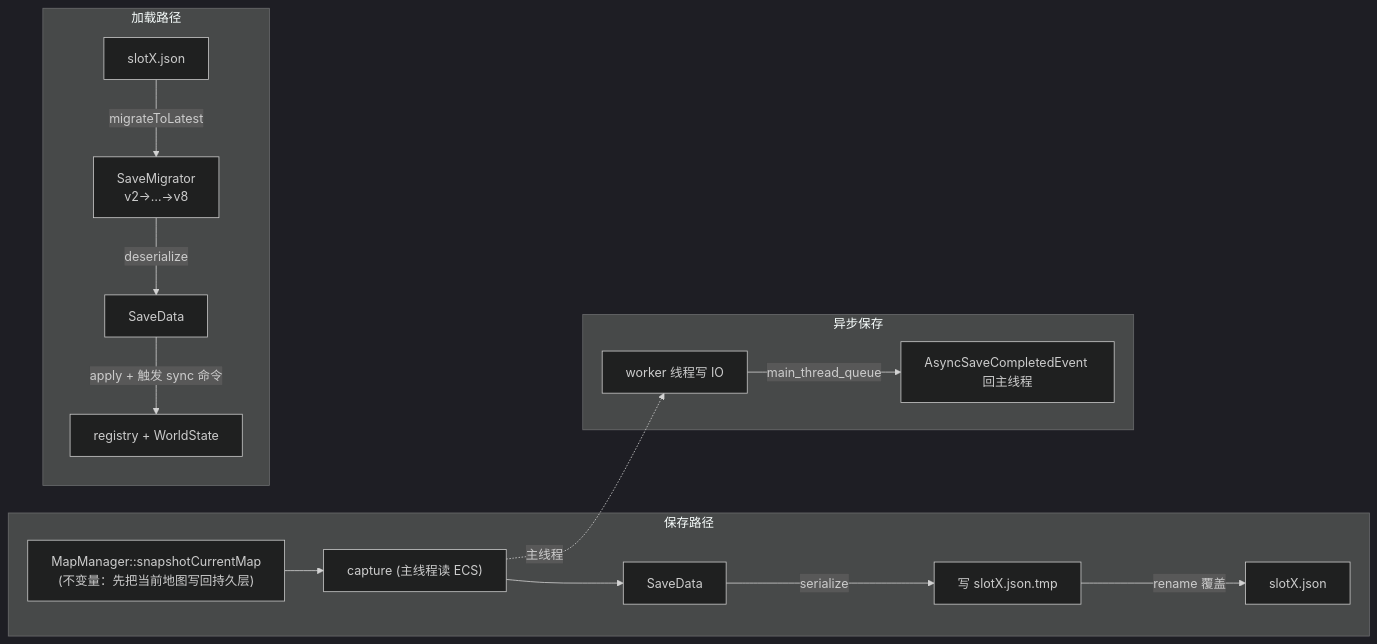
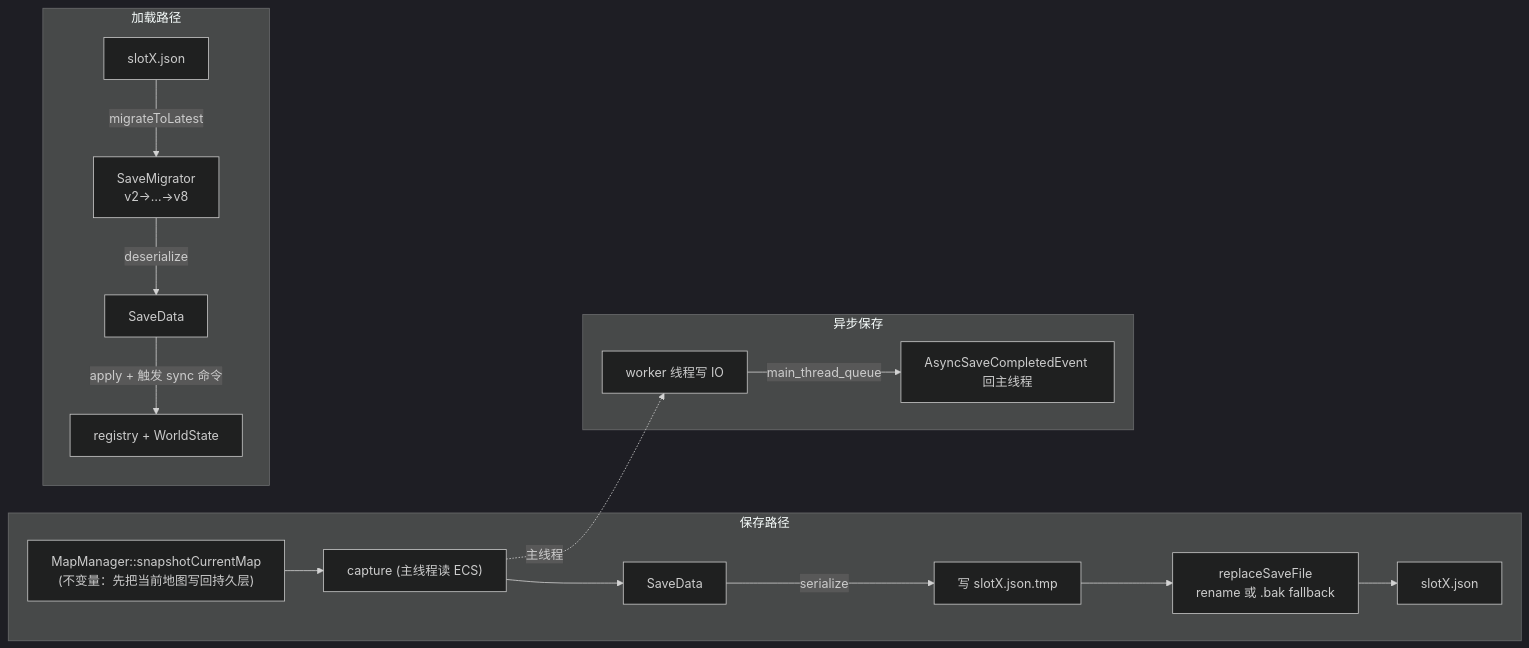
Before and after one commit to WispSnow/TinyFarmRPG: the diagram in lecture_plans/lectures/21-存档系统与Schema迁移.md, drawn with Mermaid (dark theme). The commit also changed other lines of this file and 15 other files, not shown here.

````diff
--- a/lecture_plans/lectures/21-存档系统与Schema迁移.md
+++ b/lecture_plans/lectures/21-存档系统与Schema迁移.md
@@ -49,20 +50,21 @@
 ```mermaid
 flowchart LR
   subgraph SAVE["保存路径"]
     SNAP["MapManager::snapshotCurrentMap<br/>(不变量：先把当前地图写回持久层)"] --> CAP
     CAP["capture (主线程读 ECS)"] --> SD["SaveData"]
     SD -->|serialize| TMP["写 slotX.json.tmp"]
-    TMP -->|rename 覆盖| JSON["slotX.json"]
+    TMP --> REP["replaceSaveFile<br/>rename 或 .bak fallback"]
+    REP --> JSON["slotX.json"]
   end
 
   subgraph LOAD["加载路径"]
     JSON2["slotX.json"] -->|migrateToLatest| MIG["SaveMigrator<br/>v2→…→v8"]
     MIG -->|deserialize| SD2["SaveData"]
     SD2 -->|apply + 触发 sync 命令| WORLD["registry + WorldState"]
   end
 
   subgraph ASYNC["异步保存"]
     CAP -. 主线程 .-> WRITE["worker 线程写 IO"]
     WRITE -->|main_thread_queue| DONE["AsyncSaveCompletedEvent 回主线程"]
   end
 ```
````
